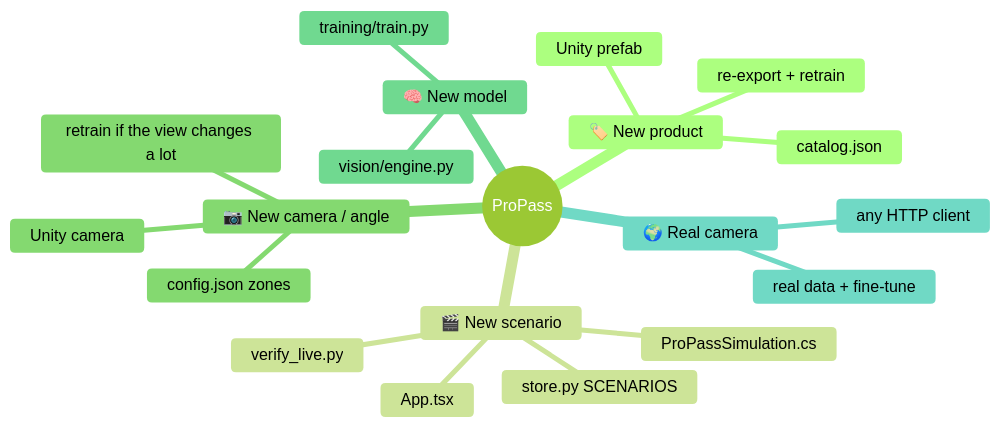
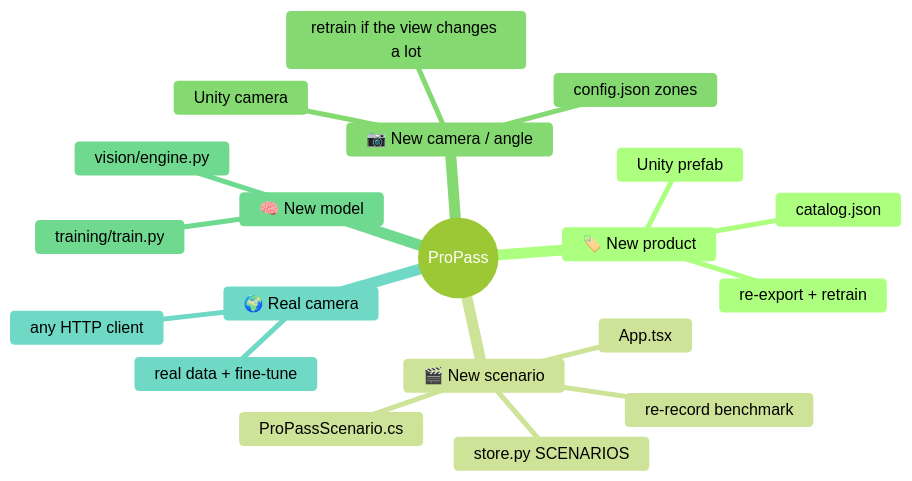
Before and after one commit to dangermos/ProPass: the diagram in docs/extending.md, drawn with Mermaid (forest theme). The commit also changed other lines of this file and 5 other files, not shown here.

Commit message:
Document the scenario benchmark and Phase A results

````diff
--- a/docs/extending.md
+++ b/docs/extending.md
@@ -5,23 +5,23 @@
 ```mermaid
 mindmap
   root((ProPass))
     🏷️ New product
       catalog.json
       Unity prefab
       re-export + retrain
     🎬 New scenario
-      ProPassSimulation.cs
+      ProPassScenario.cs
       store.py SCENARIOS
       App.tsx
-      verify_live.py
+      re-record benchmark
     📷 New camera / angle
       Unity camera
       config.json zones
       retrain if the view changes a lot
     🧠 New model
       vision/engine.py
       training/train.py
     🌍 Real camera
       any HTTP client
       real data + fine-tune
 ```
````
